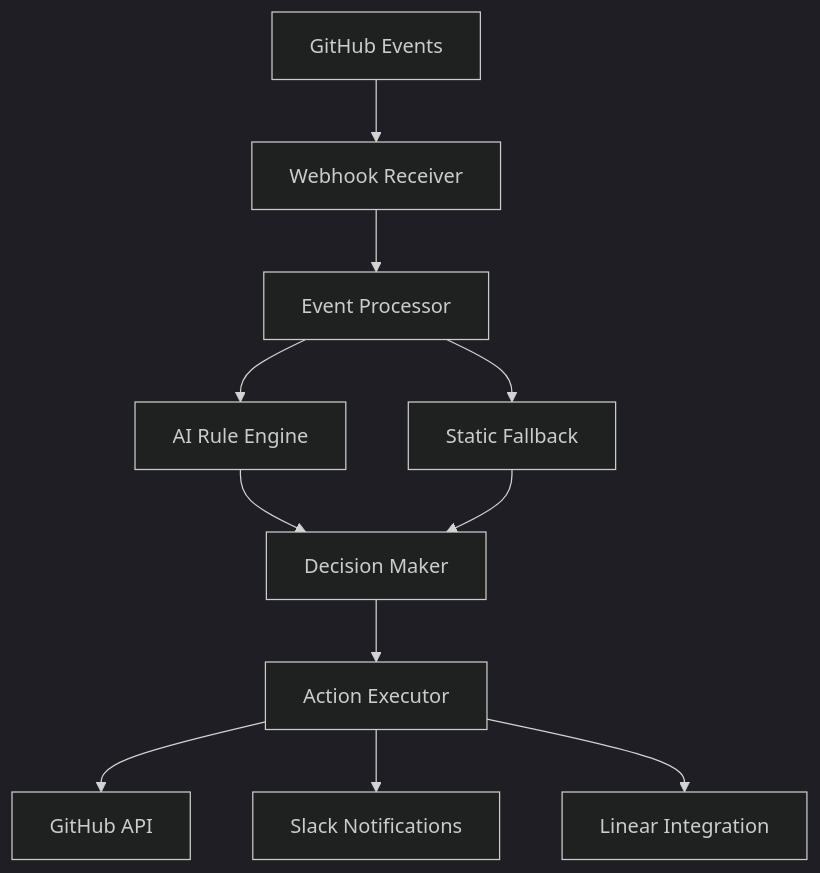
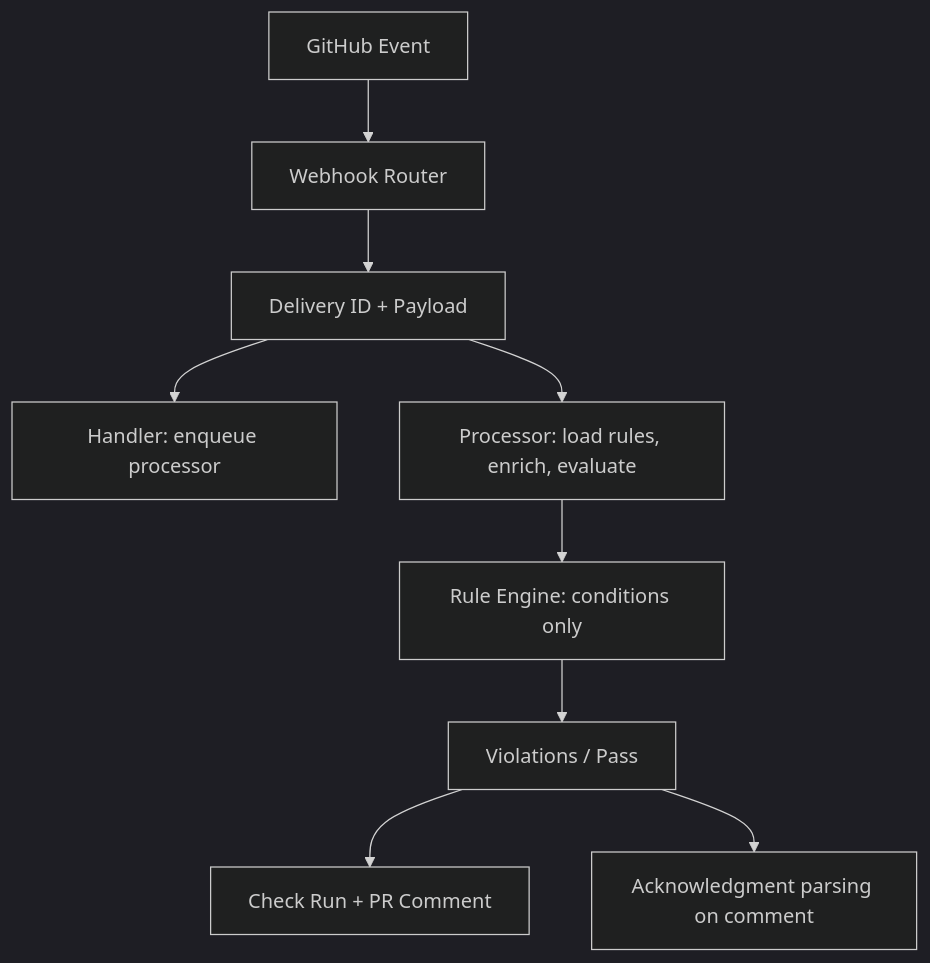
The diagram in docs/concepts/overview.md (warestack/watchflow), drawn with Mermaid (dark theme) before and after one commit. The commit also changed other lines of this file and 11 other files, not shown here.

First line of the commit message:
docs: align all docs with rule engine, tone, and supported logic

````diff
--- a/docs/concepts/overview.md
+++ b/docs/concepts/overview.md
@@ -13,13 +14,11 @@
 ```mermaid
 graph TD
-    A[GitHub Events] --> B[Webhook Receiver]
-    B --> C[Event Processor]
-    C --> D[AI Rule Engine]
-    C --> E[Static Fallback]
-    D --> F[Decision Maker]
-    E --> F
-    F --> G[Action Executor]
-    G --> H[GitHub API]
-    G --> I[Slack Notifications]
-    G --> J[Linear Integration]
+    A[GitHub Event] --> B[Webhook Router]
+    B --> C[Delivery ID + Payload]
+    C --> D[Handler: enqueue processor]
+    C --> E[Processor: load rules, enrich, evaluate]
+    E --> F[Rule Engine: conditions only]
+    F --> G[Violations / Pass]
+    G --> H[Check Run + PR Comment]
+    G --> I[Acknowledgment parsing on comment]
 ```
````
